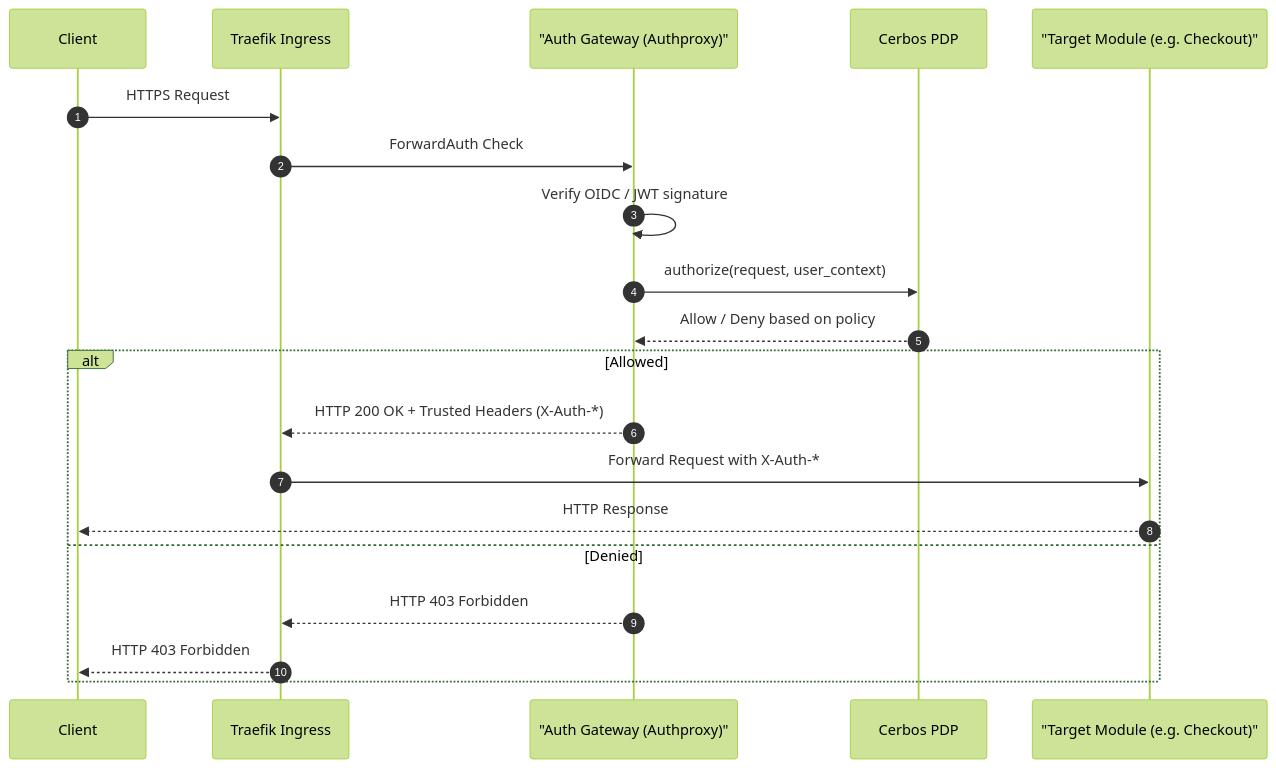
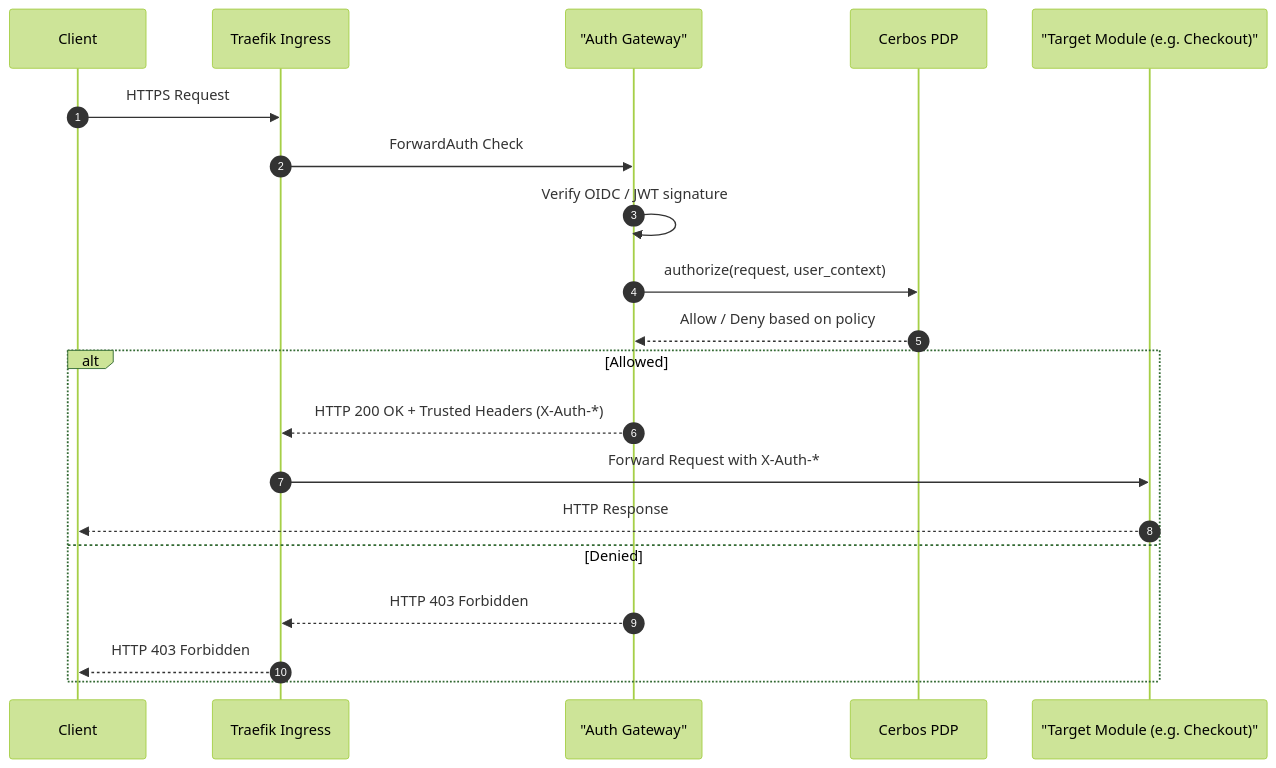
The first of 5 diagrams in introduction/architecture.md (Labs64/labs64.io-docs), drawn with Mermaid (forest theme) before and after one commit. The commit also changed 8 other files, not shown here.

Commit message:
Call the authproxy component Auth Gateway in prose and correct stale claims

````diff
--- a/introduction/architecture.md
+++ b/introduction/architecture.md
@@ -15,24 +15,24 @@
 ```mermaid
 sequenceDiagram
     autonumber
     participant C as Client
     participant T as Traefik Ingress
-    participant AP as "Auth Gateway (Authproxy)"
+    participant AP as "Auth Gateway"
     participant PDP as Cerbos PDP
     participant M as "Target Module (e.g. Checkout)"
 
     C->>T: HTTPS Request
     T->>AP: ForwardAuth Check
     AP->>AP: Verify OIDC / JWT signature
     AP->>PDP: authorize(request, user_context)
     PDP-->>AP: Allow / Deny based on policy
     
     alt Allowed
         AP-->>T: HTTP 200 OK + Trusted Headers (X-Auth-*)
         T->>M: Forward Request with X-Auth-*
         M-->>C: HTTP Response
     else Denied
         AP-->>T: HTTP 403 Forbidden
         T-->>C: HTTP 403 Forbidden
     end
 ```
````
